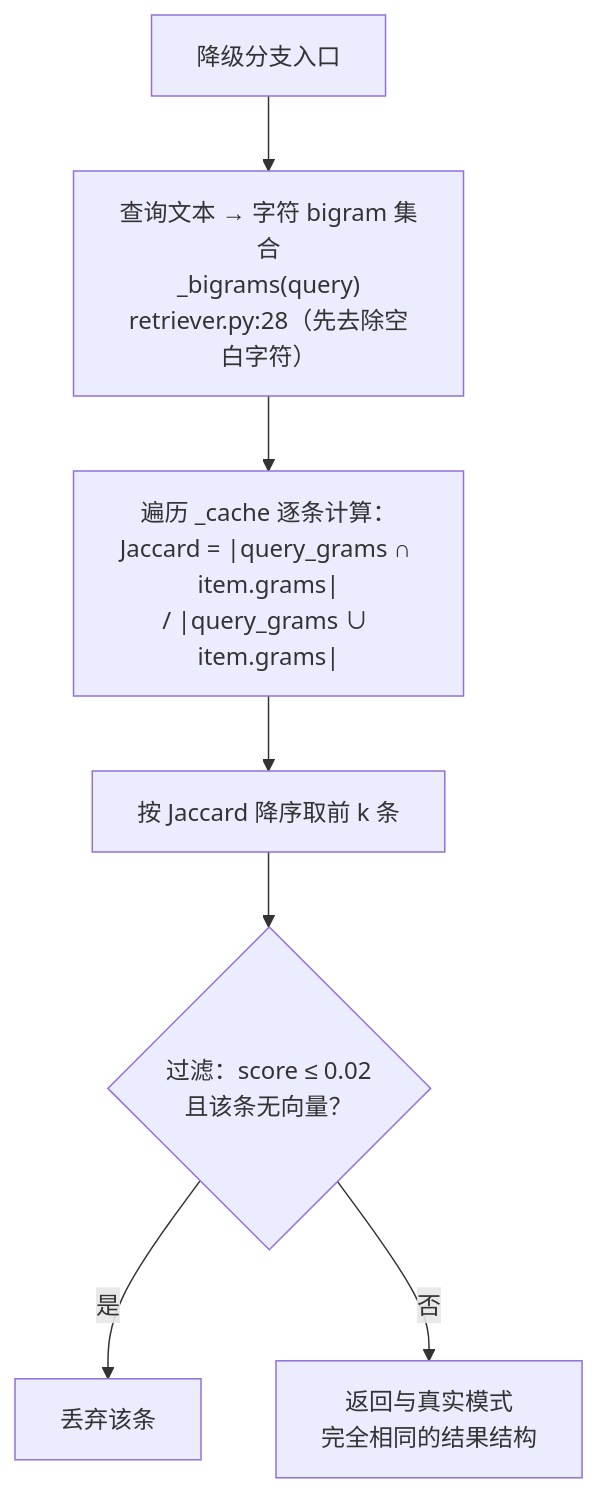
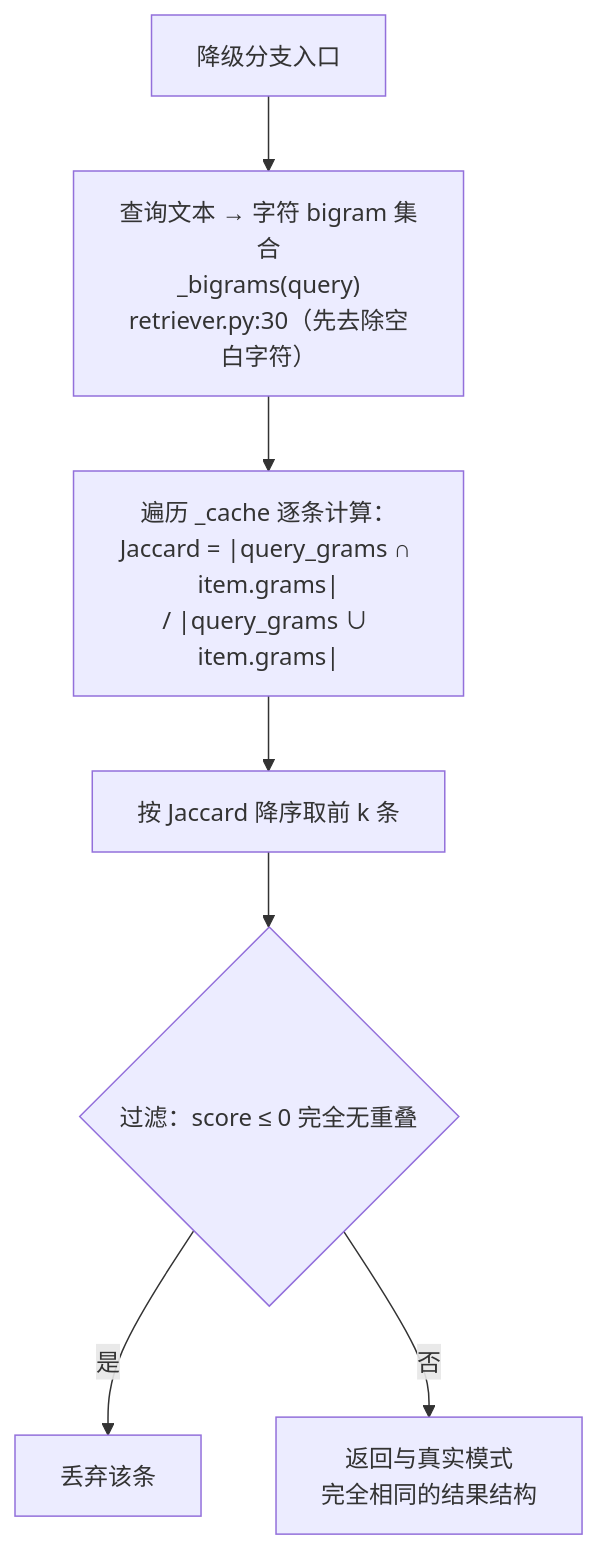
Before and after one commit to pandaadsas/zhuan-cloud: the fourth of 4 diagrams in docs/RAG检索实现分析.md, drawn with Mermaid. The commit also changed other lines of this file, not shown here.

````diff
--- a/docs/RAG检索实现分析.md
+++ b/docs/RAG检索实现分析.md
@@ -129,9 +136,9 @@
 ```mermaid
 flowchart TD
-    A["降级分支入口"] --> B["查询文本 → 字符 bigram 集合<br/>_bigrams(query)<br/>retriever.py:28（先去除空白字符）"]
+    A["降级分支入口"] --> B["查询文本 → 字符 bigram 集合<br/>_bigrams(query)<br/>retriever.py:30（先去除空白字符）"]
     B --> C["遍历 _cache 逐条计算：<br/>Jaccard = |query_grams ∩ item.grams|<br/>/ |query_grams ∪ item.grams|"]
     C --> D["按 Jaccard 降序取前 k 条"]
-    D --> E{"过滤：score ≤ 0.02<br/>且该条无向量？"}
+    D --> E{"过滤：score ≤ 0 完全无重叠"}
     E -- 是 --> F["丢弃该条"]
     E -- 否 --> G["返回与真实模式<br/>完全相同的结果结构"]
 ```
````
